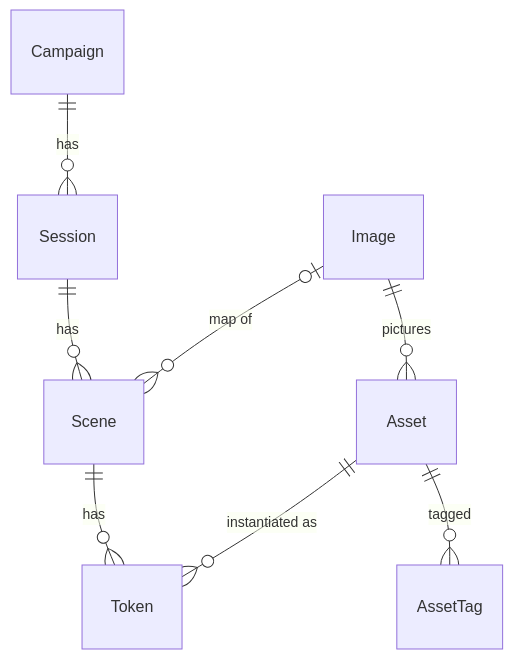
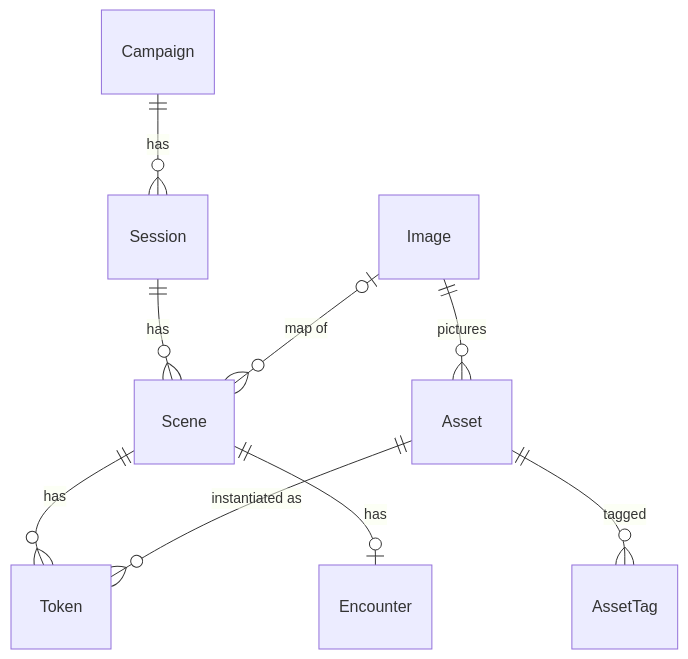
One commit to giorgosroussos/dnd-vtt changed the diagram in specs/03-domain-model.md. Above: the diagram before and after it, drawn with Mermaid. The commit also changed other lines of this file and 55 other files, not shown here.

````diff
--- a/specs/03-domain-model.md
+++ b/specs/03-domain-model.md
@@ -22,10 +23,11 @@
 ```mermaid
 erDiagram
   Campaign ||--o{ Session : has
   Session ||--o{ Scene : has
   Scene ||--o{ Token : has
+  Scene ||--o| Encounter : has
   Asset ||--o{ Token : "instantiated as"
   Asset ||--o{ AssetTag : tagged
   Image ||--o{ Asset : pictures
   Image |o--o{ Scene : "map of"
 ```
````
